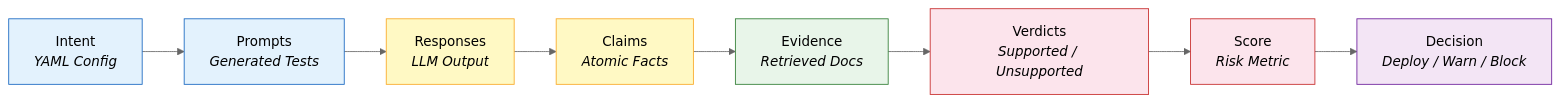
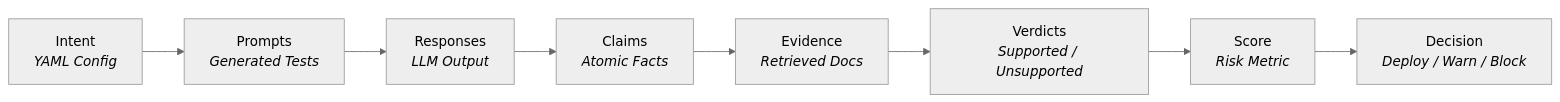
The second of 9 diagrams in docs/ARCHITECTURE.md (kunalsinghdadhwal/symmetrical-broccoli), drawn with Mermaid (neutral theme) before and after one commit. The commit also changed other lines of this file, not shown here.

````diff
--- a/docs/ARCHITECTURE.md
+++ b/docs/ARCHITECTURE.md
@@ -173,19 +165,10 @@
 ```mermaid
 flowchart LR
     A[Intent<br/><i>YAML Config</i>] --> B[Prompts<br/><i>Generated Tests</i>]
     B --> C[Responses<br/><i>LLM Output</i>]
     C --> D[Claims<br/><i>Atomic Facts</i>]
     D --> E[Evidence<br/><i>Retrieved Docs</i>]
     E --> F[Verdicts<br/><i>Supported / Unsupported</i>]
     F --> G[Score<br/><i>Risk Metric</i>]
     G --> H[Decision<br/><i>Deploy / Warn / Block</i>]
-
-    style A fill:#e3f2fd,stroke:#1565c0
-    style B fill:#e3f2fd,stroke:#1565c0
-    style C fill:#fff9c4,stroke:#f9a825
-    style D fill:#fff9c4,stroke:#f9a825
-    style E fill:#e8f5e9,stroke:#2e7d32
-    style F fill:#fce4ec,stroke:#c62828
-    style G fill:#fce4ec,stroke:#c62828
-    style H fill:#f3e5f5,stroke:#6a1b9a
 ```
````
